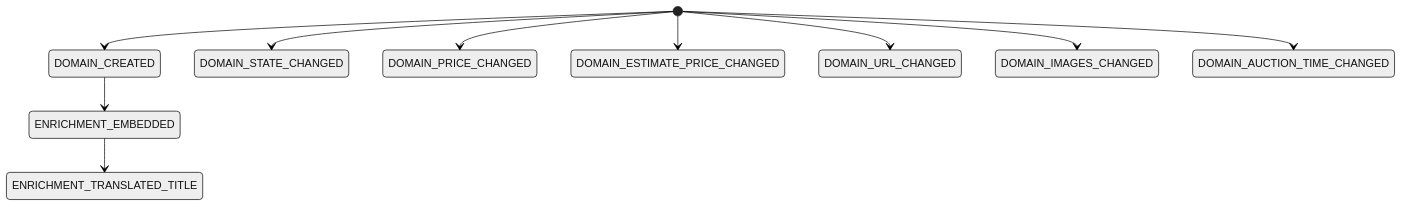
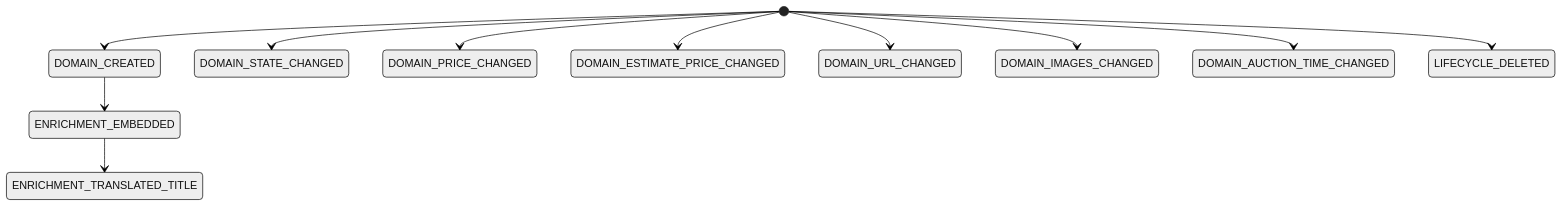
One commit to aura-historia/backend changed the second of 2 diagrams in docs/events/flow.md. Above: the diagram before and after it, drawn with Mermaid (neutral theme). The commit also changed other lines of this file and 88 other files, not shown here.

````diff
--- a/docs/events/flow.md
+++ b/docs/events/flow.md
@@ -79,13 +81,14 @@
 ```mermaid
 stateDiagram-v2
     [*] --> DOMAIN_CREATED
     [*] --> DOMAIN_STATE_CHANGED
     [*] --> DOMAIN_PRICE_CHANGED
     [*] --> DOMAIN_ESTIMATE_PRICE_CHANGED
     [*] --> DOMAIN_URL_CHANGED
     [*] --> DOMAIN_IMAGES_CHANGED
     [*] --> DOMAIN_AUCTION_TIME_CHANGED
+    [*] --> LIFECYCLE_DELETED
 
     DOMAIN_CREATED --> ENRICHMENT_EMBEDDED
     ENRICHMENT_EMBEDDED --> ENRICHMENT_TRANSLATED_TITLE
 ```
````
